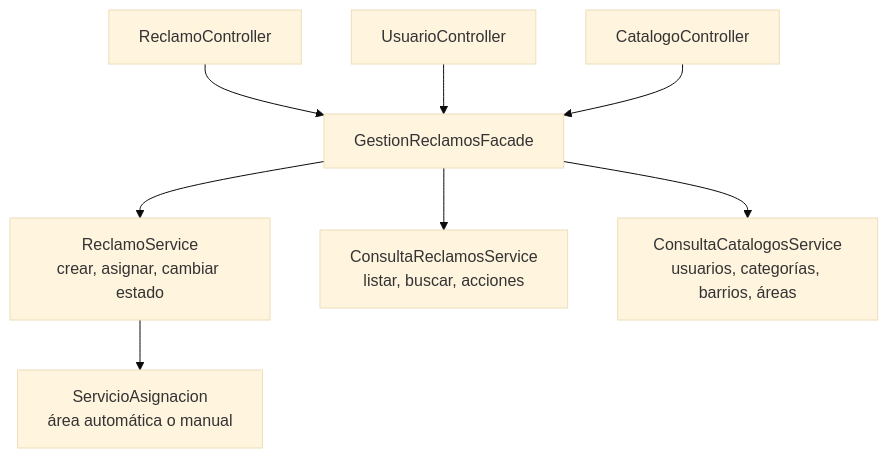
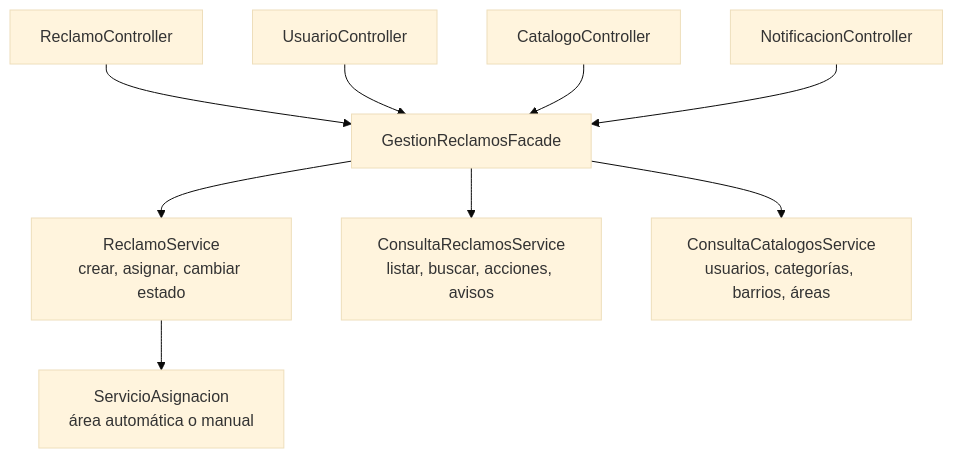
The diagram in docs/patrones.md (SanTegli/DesarrolloAppsIIGrupo10), drawn with Mermaid (base theme) before and after one commit. The commit also changed other lines of this file and 70 other files, not shown here.

````diff
--- a/docs/patrones.md
+++ b/docs/patrones.md
@@ -205,10 +212,11 @@
 ```mermaid
 flowchart TB
   C1["ReclamoController"] --> F["GestionReclamosFacade"]
   C2["UsuarioController"] --> F
   C3["CatalogoController"] --> F
+  C4["NotificacionController"] --> F
   F --> S1["ReclamoService<br/>crear, asignar, cambiar estado"]
   S1 --> S4["ServicioAsignacion<br/>área automática o manual"]
-  F --> S2["ConsultaReclamosService<br/>listar, buscar, acciones"]
+  F --> S2["ConsultaReclamosService<br/>listar, buscar, acciones, avisos"]
   F --> S3["ConsultaCatalogosService<br/>usuarios, categorías, barrios, áreas"]
 ```
````
